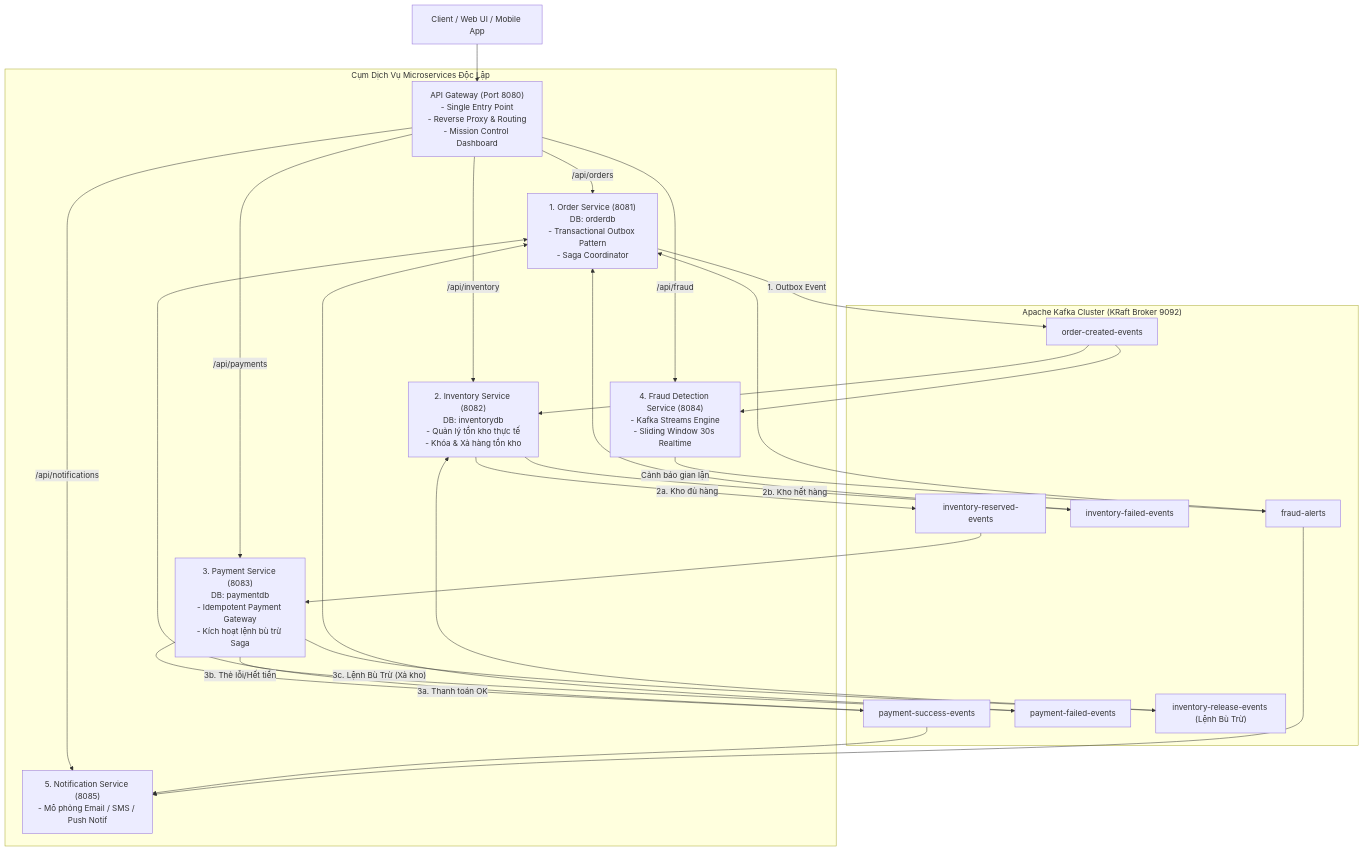
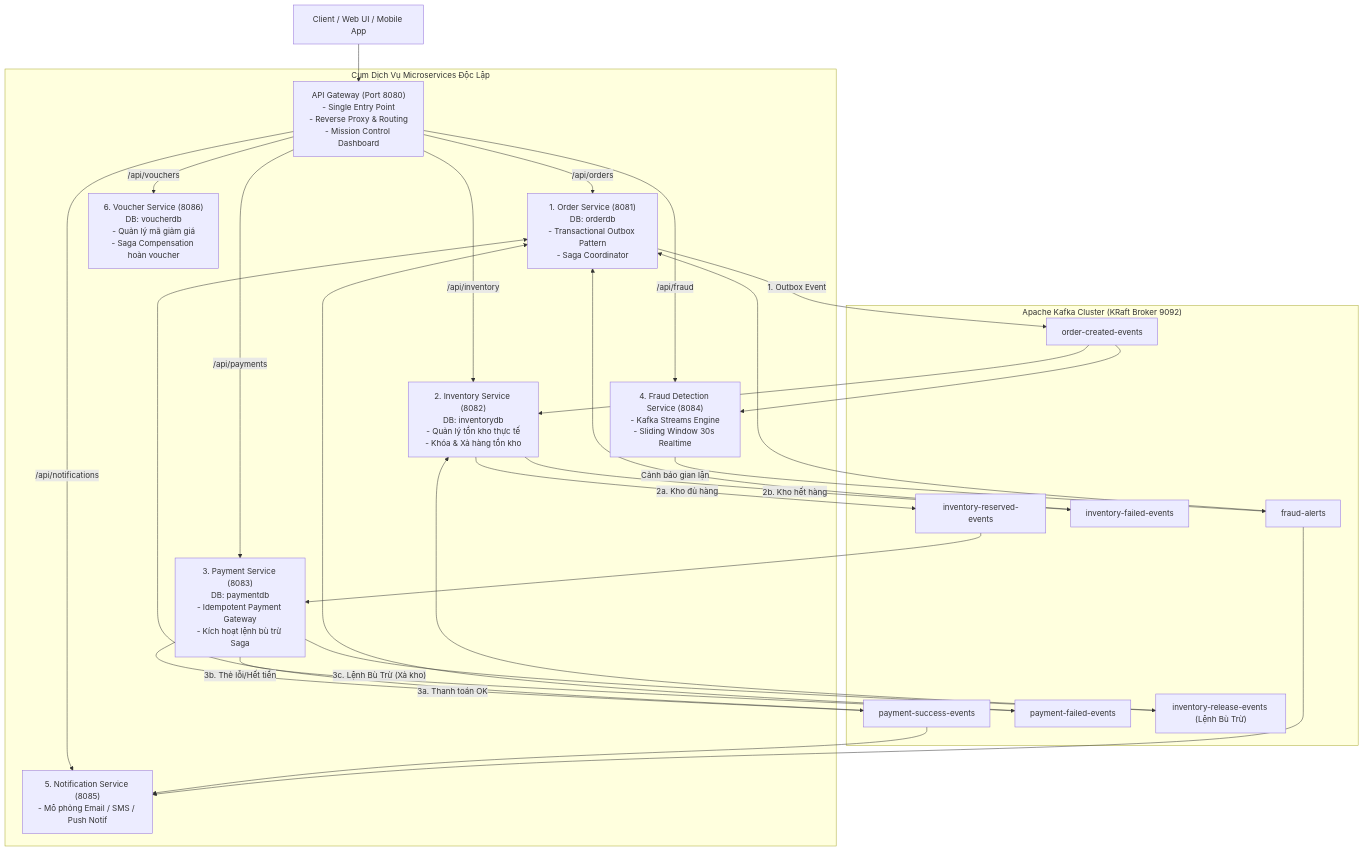
Before and after one commit to huy008/kafka-ecommerce: the diagram in README.md, drawn with Mermaid. The commit also changed other lines of this file and 57 other files, not shown here.

Commit message:
feat: add voucher-service microservice and integrate with e-commerce platform

````diff
--- a/README.md
+++ b/README.md
@@ -9,44 +9,45 @@
 ```mermaid
 flowchart TD
     Client["Client / Web UI / Mobile App"] --> Gateway["API Gateway (Port 8080)\n- Single Entry Point\n- Reverse Proxy & Routing\n- Mission Control Dashboard"]
 
     subgraph ServiceMesh ["Cụm Dịch Vụ Microservices Độc Lập"]
         Gateway -->|/api/orders| OrderSvc["1. Order Service (8081)\nDB: orderdb\n- Transactional Outbox Pattern\n- Saga Coordinator"]
         Gateway -->|/api/inventory| InvSvc["2. Inventory Service (8082)\nDB: inventorydb\n- Quản lý tồn kho thực tế\n- Khóa & Xả hàng tồn kho"]
         Gateway -->|/api/payments| PaySvc["3. Payment Service (8083)\nDB: paymentdb\n- Idempotent Payment Gateway\n- Kích hoạt lệnh bù trừ Saga"]
         Gateway -->|/api/fraud| FraudSvc["4. Fraud Detection Service (8084)\n- Kafka Streams Engine\n- Sliding Window 30s Realtime"]
         Gateway -->|/api/notifications| NotifSvc["5. Notification Service (8085)\n- Mô phỏng Email / SMS / Push Notif"]
+        Gateway -->|/api/vouchers| VoucherSvc["6. Voucher Service (8086)\nDB: voucherdb\n- Quản lý mã giảm giá\n- Saga Compensation hoàn voucher"]
     end
 
     subgraph KafkaCluster ["Apache Kafka Cluster (KRaft Broker 9092)"]
         TopicOrderCreated["order-created-events"]
         TopicInvReserved["inventory-reserved-events"]
         TopicInvFailed["inventory-failed-events"]
         TopicPaySuccess["payment-success-events"]
         TopicPayFailed["payment-failed-events"]
         TopicCompensate["inventory-release-events (Lệnh Bù Trừ)"]
         TopicFraudAlert["fraud-alerts"]
     end
 
     OrderSvc -->|"1. Outbox Event"| TopicOrderCreated
     TopicOrderCreated --> InvSvc
     TopicOrderCreated --> FraudSvc
 
     InvSvc -->|"2a. Kho đủ hàng"| TopicInvReserved
     InvSvc -->|"2b. Kho hết hàng"| TopicInvFailed
 
     TopicInvReserved --> PaySvc
     PaySvc -->|"3a. Thanh toán OK"| TopicPaySuccess
     PaySvc -->|"3b. Thẻ lỗi/Hết tiền"| TopicPayFailed
     PaySvc -->|"3c. Lệnh Bù Trừ (Xả kho)"| TopicCompensate
     TopicCompensate --> InvSvc
 
     TopicPaySuccess --> OrderSvc
     TopicPaySuccess --> NotifSvc
     TopicInvFailed --> OrderSvc
     TopicPayFailed --> OrderSvc
 
     FraudSvc -->|"Cảnh báo gian lận"| TopicFraudAlert
     TopicFraudAlert --> OrderSvc
     TopicFraudAlert --> NotifSvc
 ```
````
